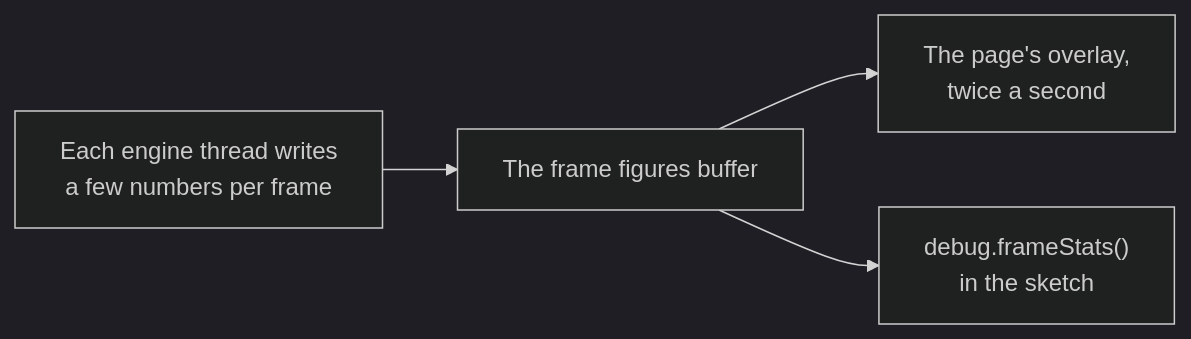
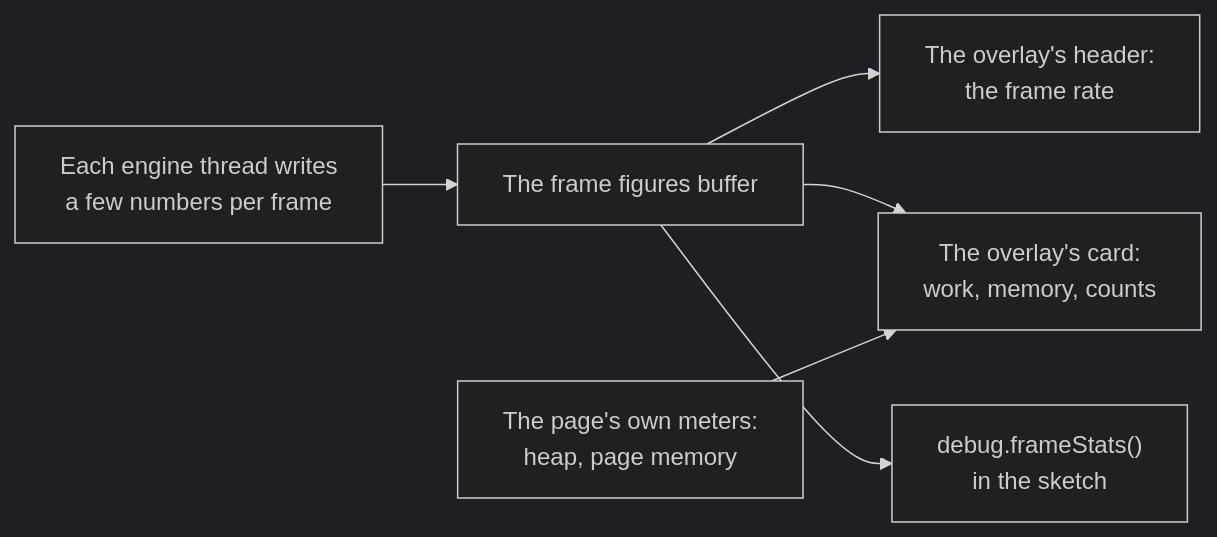
Before and after one commit to null3d-engine/null3d: the third of 3 diagrams in docs/api/debug.md, drawn with Mermaid (dark theme). The commit also changed other lines of this file and 67 other files, not shown here.

First line of the commit message:
feat(engine): show the stats overlay from any page, with memory, triangles, objects and GPU time (#448)

````diff
--- a/docs/api/debug.md
+++ b/docs/api/debug.md
@@ -139,6 +139,8 @@
 ```mermaid
 flowchart LR
     threads["Each engine thread writes<br/>a few numbers per frame"] --> buffer["The frame figures buffer"]
-    buffer --> overlay["The page's overlay,<br/>twice a second"]
+    buffer --> header["The overlay's header:<br/>the frame rate"]
+    buffer --> card["The overlay's card:<br/>work, memory, counts"]
     buffer --> sketch["debug.frameStats()<br/>in the sketch"]
+    page["The page's own meters:<br/>heap, page memory"] --> card
 ```
````
